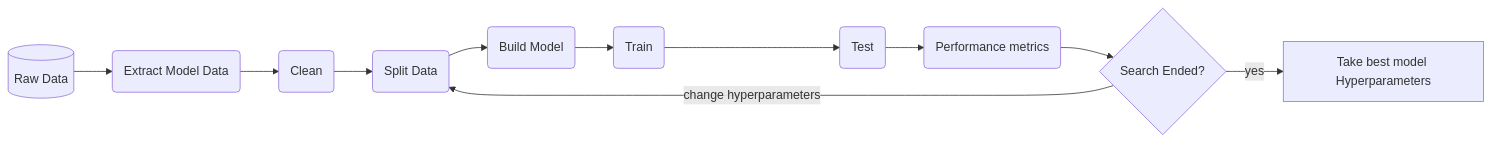
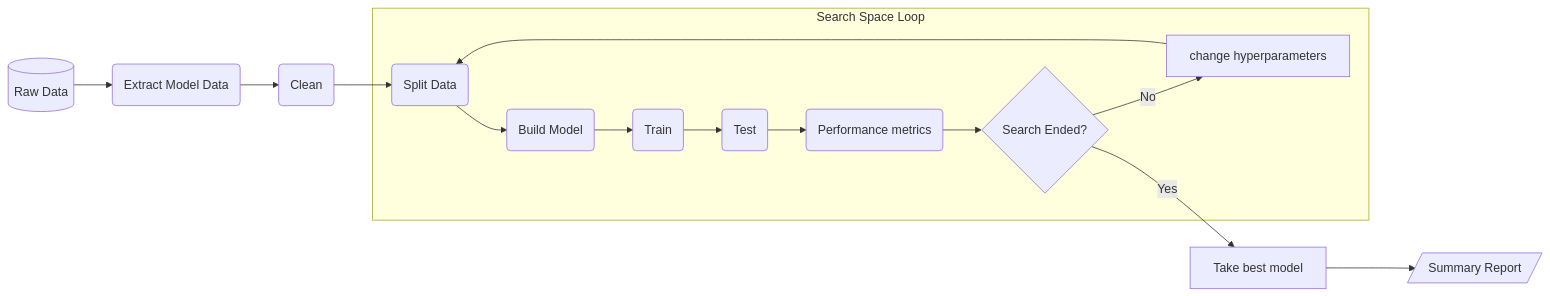
The second of 2 diagrams in docs/source/pipelines.md (abdelrahmanaltawil/multiple-sclerosis), drawn with Mermaid before and after one commit.

Commit message:
update pipeline

````diff
--- a/docs/source/pipelines.md
+++ b/docs/source/pipelines.md
@@ -16,13 +16,25 @@
 ```mermaid
 graph LR
     raw[(Raw Data)] --> extract(Extract Model Data)
     extract --> clean(Clean)
     clean --> split(Split Data)
     split --> build(Build Model)
     build --> train(Train)
     train --> test(Test)
     test --> performance(Performance metrics)
     performance --> loop-ends{Search Ended?}
-    loop-ends --> |yes| return-best[Take best model Hyperparameters]
-    loop-ends --> |change hyperparameters| split
+    loop-ends --> |No| change[change hyperparameters]
+    change --> split
+    loop-ends --> |Yes| return-best[Take best model]
+    return-best --> report[/Summary Report/]
+
+    subgraph loop[Search Space Loop]
+        split
+        build
+        train
+        test
+        performance
+        loop-ends
+        change
+    end
 ```
````
